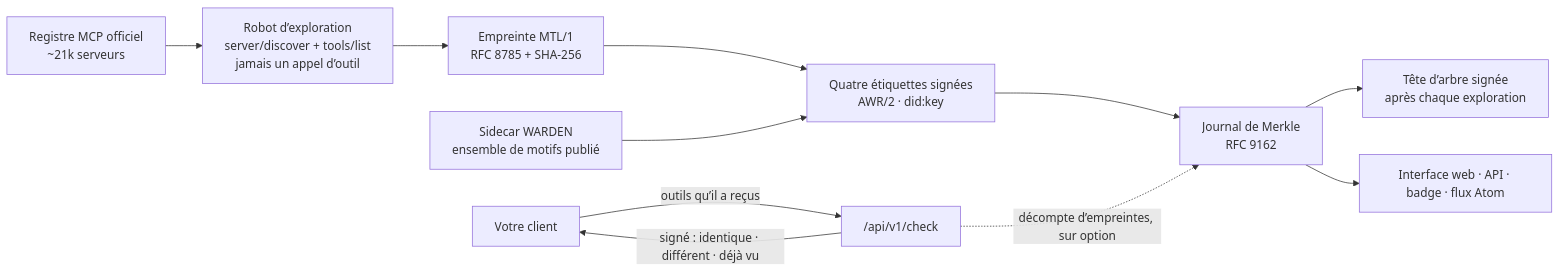
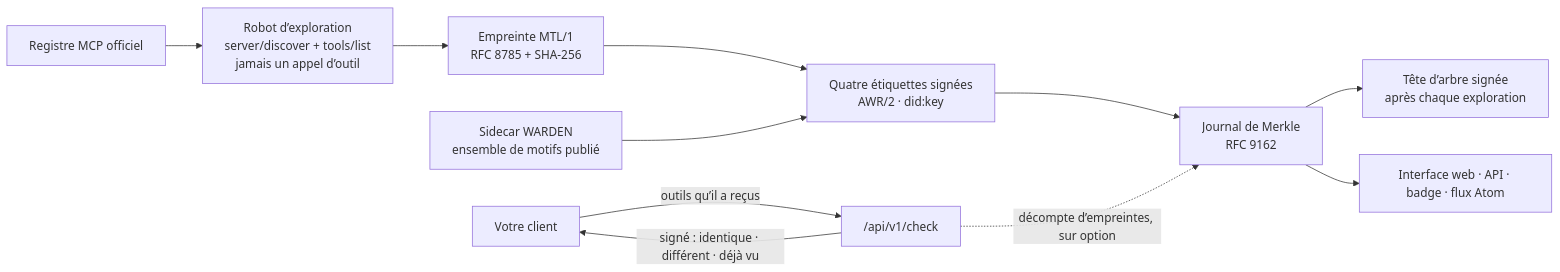
The diagram in README.fr.md (alexar76/histor), drawn with Mermaid before and after one commit. The commit also changed other lines of this file and 42 other files, not shown here.

````diff
--- a/README.fr.md
+++ b/README.fr.md
@@ -55,13 +55,13 @@
 ```mermaid
 flowchart LR
-    R["Registre MCP officiel<br/>~21k serveurs"] --> C["Robot d’exploration<br/>server/discover + tools/list<br/>jamais un appel d’outil"]
+    R["Registre MCP officiel"] --> C["Robot d’exploration<br/>server/discover + tools/list<br/>jamais un appel d’outil"]
     C --> D["Empreinte MTL/1<br/>RFC 8785 + SHA-256"]
     D --> L["Quatre étiquettes signées<br/>AWR/2 · did:key"]
     W["Sidecar WARDEN<br/>ensemble de motifs publié"] --> L
     L --> M["Journal de Merkle<br/>RFC 9162"]
     M --> S["Tête d’arbre signée<br/>après chaque exploration"]
     M --> API["Interface web · API · badge · flux Atom"]
     CL["Votre client"] -- "outils qu’il a reçus" --> K["/api/v1/check"]
     K -- "signé : identique · différent · déjà vu" --> CL
     K -. "décompte d’empreintes, sur option" .-> M
 ```
````
